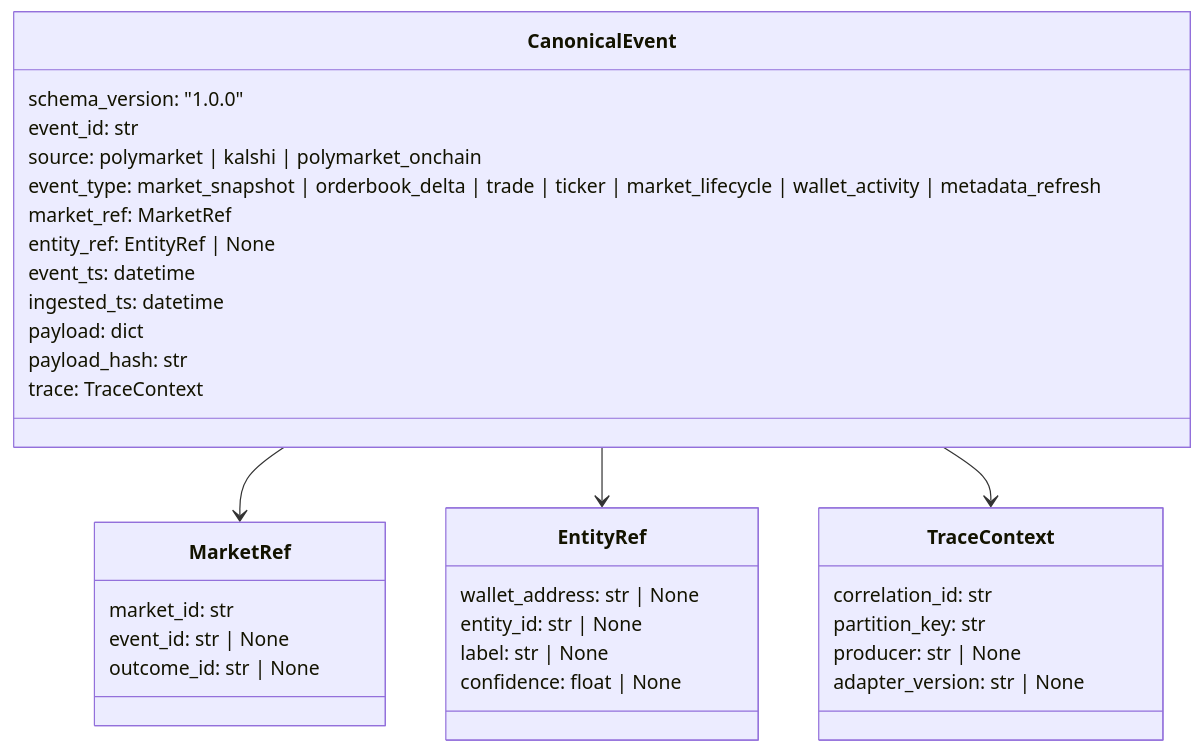
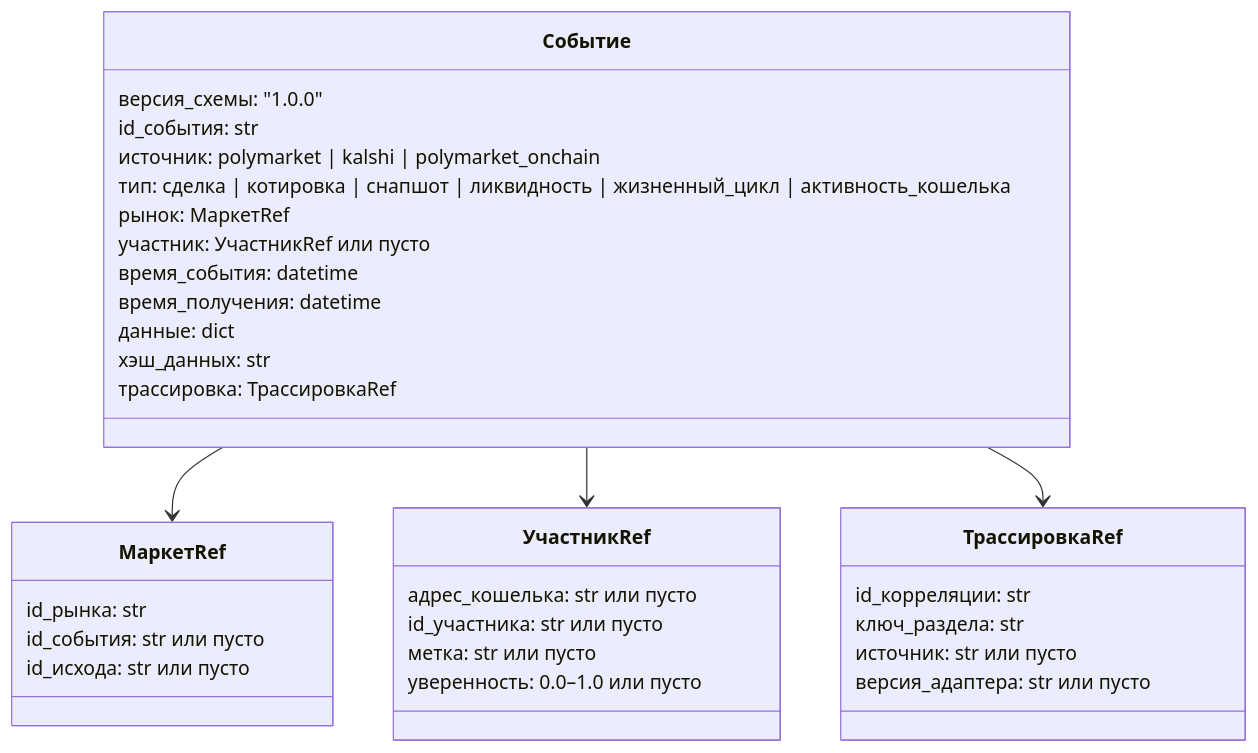
The third of 7 diagrams in docs/architecture/architecture-deck.md (MarchenkoRuslan/alarm_system), drawn with Mermaid before and after one commit. The commit also changed other lines of this file, not shown here.

Commit message:
Translate architecture documentation to Russian and update terminology for clarity and consistency.

````diff
--- a/docs/architecture/architecture-deck.md
+++ b/docs/architecture/architecture-deck.md
@@ -119,36 +120,36 @@
 ```mermaid
 classDiagram
-  class CanonicalEvent {
-    schema_version: "1.0.0"
-    event_id: str
-    source: polymarket | kalshi | polymarket_onchain
-    event_type: market_snapshot | orderbook_delta | trade | ticker | market_lifecycle | wallet_activity | metadata_refresh
-    market_ref: MarketRef
-    entity_ref: EntityRef | None
-    event_ts: datetime
-    ingested_ts: datetime
-    payload: dict
-    payload_hash: str
-    trace: TraceContext
+  class Событие {
+    версия_схемы: "1.0.0"
+    id_события: str
+    источник: polymarket | kalshi | polymarket_onchain
+    тип: сделка | котировка | снапшот | ликвидность | жизненный_цикл | активность_кошелька
+    рынок: МаркетRef
+    участник: УчастникRef или пусто
+    время_события: datetime
+    время_получения: datetime
+    данные: dict
+    хэш_данных: str
+    трассировка: ТрассировкаRef
   }
-  class MarketRef {
-    market_id: str
-    event_id: str | None
-    outcome_id: str | None
+  class МаркетRef {
+    id_рынка: str
+    id_события: str или пусто
+    id_исхода: str или пусто
   }
-  class EntityRef {
-    wallet_address: str | None
-    entity_id: str | None
-    label: str | None
-    confidence: float | None
+  class УчастникRef {
+    адрес_кошелька: str или пусто
+    id_участника: str или пусто
+    метка: str или пусто
+    уверенность: 0.0–1.0 или пусто
   }
-  class TraceContext {
-    correlation_id: str
-    partition_key: str
-    producer: str | None
-    adapter_version: str | None
+  class ТрассировкаRef {
+    id_корреляции: str
+    ключ_раздела: str
+    источник: str или пусто
+    версия_адаптера: str или пусто
   }
-  CanonicalEvent --> MarketRef
-  CanonicalEvent --> EntityRef
-  CanonicalEvent --> TraceContext
+  Событие --> МаркетRef
+  Событие --> УчастникRef
+  Событие --> ТрассировкаRef
 ```
````
